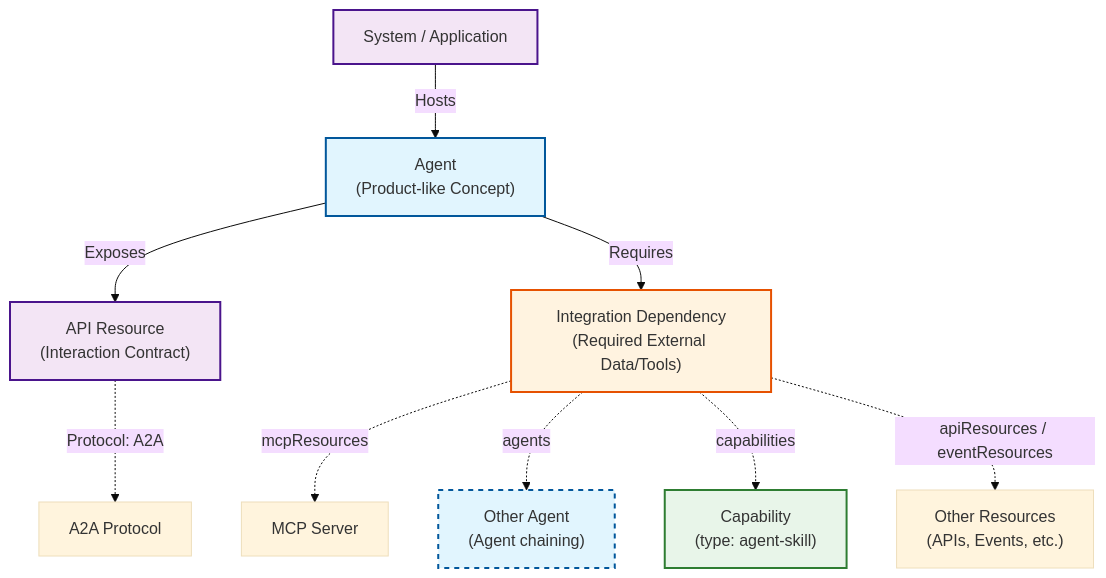
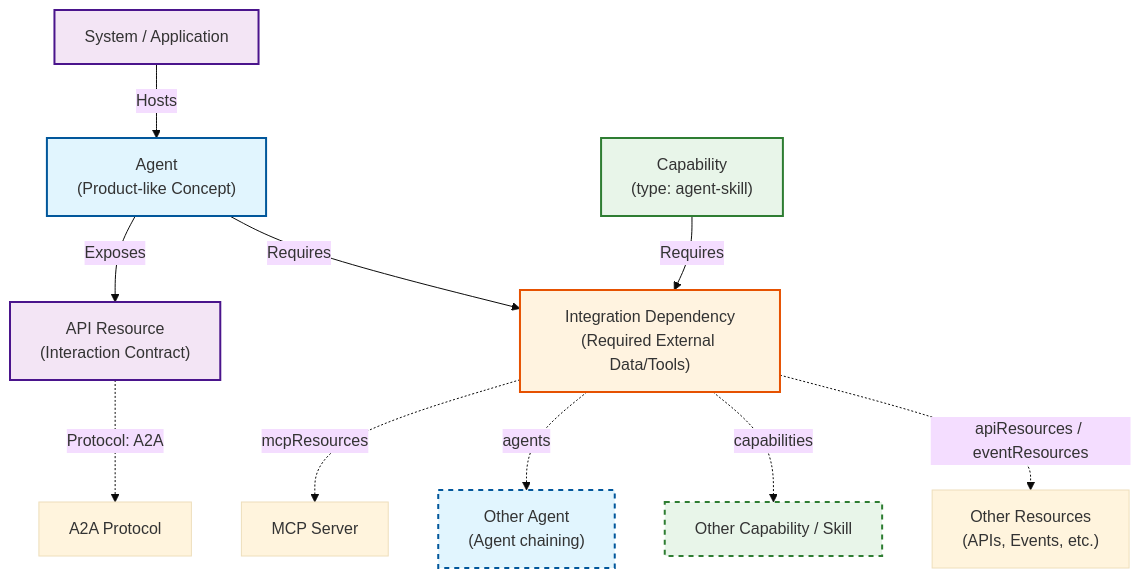
Before and after one commit to open-resource-discovery/specification: the diagram in docs/spec-v1/concepts/ai-agents-and-protocols.md, drawn with Mermaid (base theme). The commit also changed other lines of this file and 4 other files, not shown here.

````diff
--- a/docs/spec-v1/concepts/ai-agents-and-protocols.md
+++ b/docs/spec-v1/concepts/ai-agents-and-protocols.md
@@ -106,23 +106,26 @@
 ```mermaid
 graph TD
     classDef concept fill:#e1f5fe,stroke:#01579b,stroke-width:2px,color:#333;
     classDef tech fill:#f3e5f5,stroke:#4a148c,stroke-width:2px,color:#333;
     classDef dep fill:#fff3e0,stroke:#e65100,stroke-width:2px,color:#333;
     classDef skill fill:#e8f5e9,stroke:#2e7d32,stroke-width:2px,color:#333;
     classDef agent2 fill:#e1f5fe,stroke:#01579b,stroke-width:2px,stroke-dasharray:5 5,color:#333;
+    classDef skill2 fill:#e8f5e9,stroke:#2e7d32,stroke-width:2px,stroke-dasharray:5 5,color:#333;
 
     Agent["Agent<br/>(Product-like Concept)"]:::concept
     System["System / Application"]:::tech
     API["API Resource<br/>(Interaction Contract)"]:::tech
+    Skill["Capability<br/>(type: agent-skill)"]:::skill
     Dep["Integration Dependency<br/>(Required External Data/Tools)"]:::dep
 
     System -- Hosts --> Agent
     Agent -- Exposes --> API
     Agent -- Requires --> Dep
+    Skill -- Requires --> Dep
 
     API -.->|Protocol: A2A| A2A[A2A Protocol]
     Dep -.->|mcpResources| MCP["MCP Server"]
     Dep -.->|agents| OtherAgent["Other Agent<br/>(Agent chaining)"]:::agent2
-    Dep -.->|capabilities| Skill["Capability<br/>(type: agent-skill)"]:::skill
+    Dep -.->|capabilities| OtherSkill["Other Capability / Skill"]:::skill2
     Dep -.->|apiResources / eventResources| Other["Other Resources<br/>(APIs, Events, etc.)"]
 ```
````
